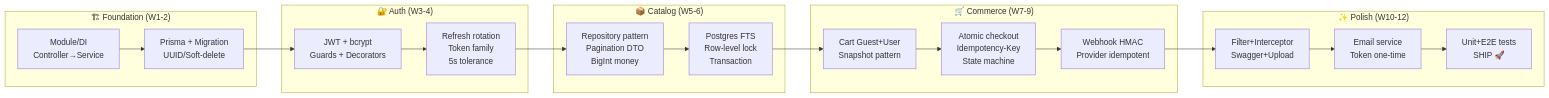
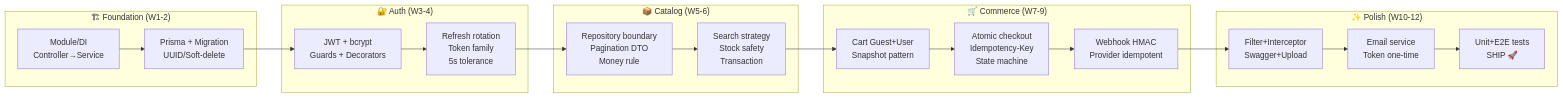
Before and after one commit to LuongCongThanh/be-nest-ecom: the third of 4 diagrams in planning/docs/ROADMAP.md, drawn with Mermaid. The commit also changed other lines of this file and 89 other files, not shown here.

````diff
--- a/planning/docs/ROADMAP.md
+++ b/planning/docs/ROADMAP.md
@@ -78,27 +80,27 @@
 ```mermaid
 graph LR
     subgraph "🏗 Foundation (W1-2)"
         C1[Module/DI<br/>Controller→Service]
         C2[Prisma + Migration<br/>UUID/Soft-delete]
     end
     subgraph "🔐 Auth (W3-4)"
         C3[JWT + bcrypt<br/>Guards + Decorators]
         C4[Refresh rotation<br/>Token family<br/>5s tolerance]
     end
     subgraph "📦 Catalog (W5-6)"
-        C5[Repository pattern<br/>Pagination DTO<br/>BigInt money]
-        C6[Postgres FTS<br/>Row-level lock<br/>Transaction]
+        C5[Repository boundary<br/>Pagination DTO<br/>Money rule]
+        C6[Search strategy<br/>Stock safety<br/>Transaction]
     end
     subgraph "🛒 Commerce (W7-9)"
         C7[Cart Guest+User<br/>Snapshot pattern]
         C8[Atomic checkout<br/>Idempotency-Key<br/>State machine]
         C9[Webhook HMAC<br/>Provider idempotent]
     end
     subgraph "✨ Polish (W10-12)"
         C10[Filter+Interceptor<br/>Swagger+Upload]
         C11[Email service<br/>Token one-time]
         C12[Unit+E2E tests<br/>SHIP 🚀]
     end
 
     C1 --> C2 --> C3 --> C4 --> C5 --> C6 --> C7 --> C8 --> C9 --> C10 --> C11 --> C12
 ```
````
